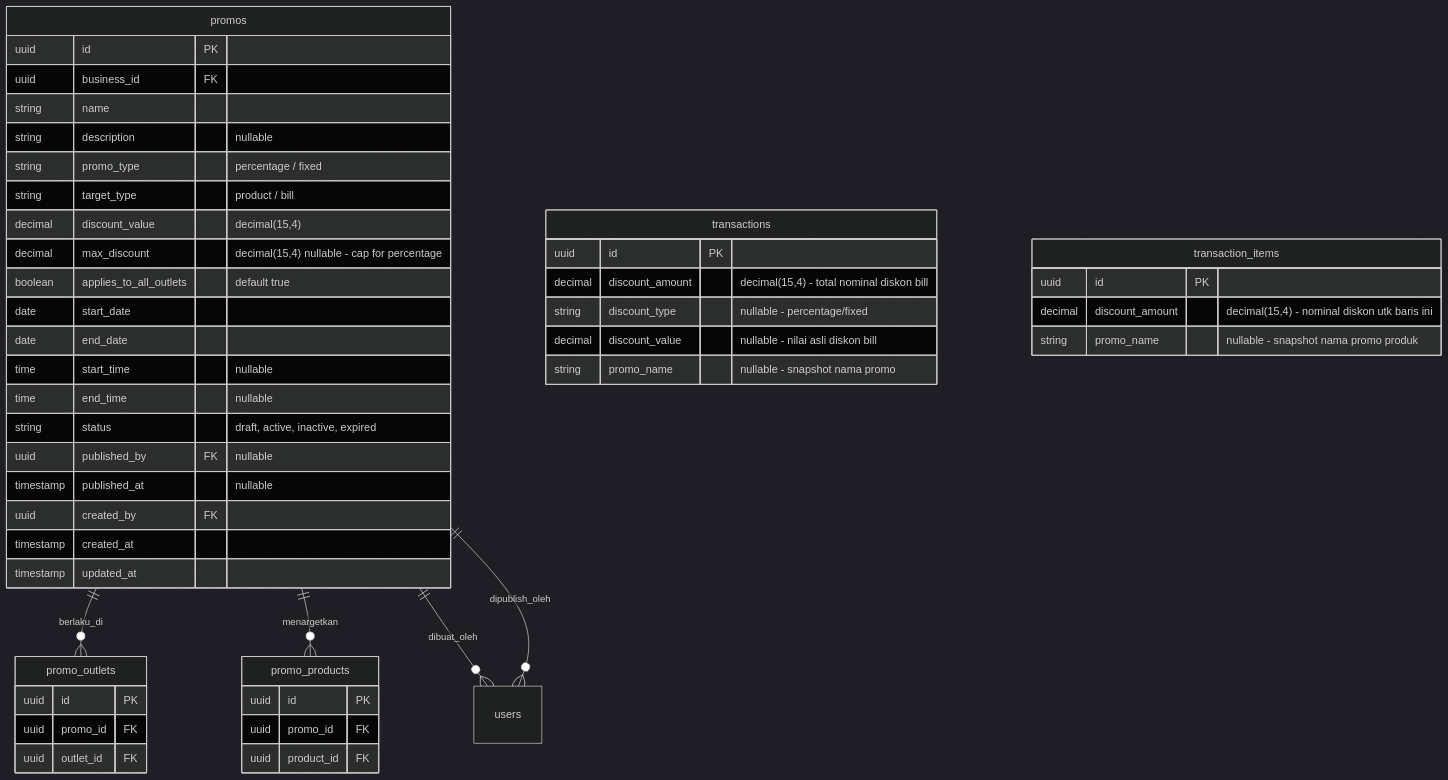
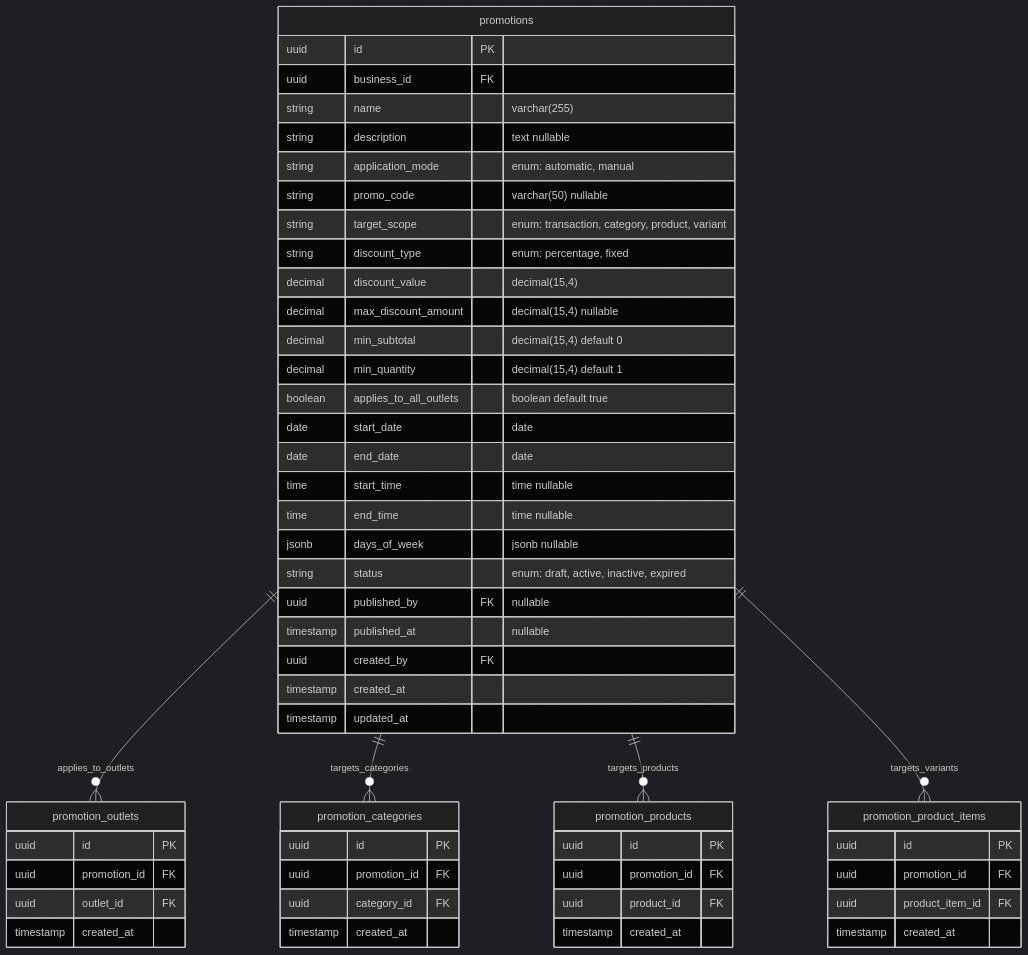
Before and after one commit to whykrr/sollu-app: the fourth of 4 diagrams in prd/PRD Promo V1.md, drawn with Mermaid (dark theme). The commit also changed other lines of this file and 57 other files, not shown here.

````diff
--- a/prd/PRD Promo V1.md
+++ b/prd/PRD Promo V1.md
@@ -158,55 +253,62 @@
 ```mermaid
 erDiagram
-    promos {
+    promotions {
         uuid id PK
         uuid business_id FK
-        string name
-        string description "nullable"
-        string promo_type "percentage / fixed"
-        string target_type "product / bill"
+        string name "varchar(255)"
+        string description "text nullable"
+        string application_mode "enum: automatic, manual"
+        string promo_code "varchar(50) nullable"
+        string target_scope "enum: transaction, category, product, variant"
+        string discount_type "enum: percentage, fixed"
         decimal discount_value "decimal(15,4)"
-        decimal max_discount "decimal(15,4) nullable - cap for percentage"
-        boolean applies_to_all_outlets "default true"
-        date start_date
-        date end_date
-        time start_time "nullable"
-        time end_time "nullable"
-        string status "draft, active, inactive, expired"
+        decimal max_discount_amount "decimal(15,4) nullable"
+        decimal min_subtotal "decimal(15,4) default 0"
+        decimal min_quantity "decimal(15,4) default 1"
+        boolean applies_to_all_outlets "boolean default true"
+        date start_date "date"
+        date end_date "date"
+        time start_time "time nullable"
+        time end_time "time nullable"
+        jsonb days_of_week "jsonb nullable"
+        string status "enum: draft, active, inactive, expired"
         uuid published_by FK "nullable"
         timestamp published_at "nullable"
         uuid created_by FK
         timestamp created_at
         timestamp updated_at
     }
 
-    promo_outlets {
+    promotion_outlets {
         uuid id PK
-        uuid promo_id FK
+        uuid promotion_id FK
         uuid outlet_id FK
+        timestamp created_at
     }
 
-    promo_products {
+    promotion_categories {
         uuid id PK
-        uuid promo_id FK
-        uuid product_id FK
+        uuid promotion_id FK
+        uuid category_id FK
+        timestamp created_at
     }
 
-    transactions {
+    promotion_products {
         uuid id PK
-        decimal discount_amount "decimal(15,4) - total nominal diskon bill"
-        string discount_type "nullable - percentage/fixed"
-        decimal discount_value "nullable - nilai asli diskon bill"
-        string promo_name "nullable - snapshot nama promo"
+        uuid promotion_id FK
+        uuid product_id FK
+        timestamp created_at
     }
 
-    transaction_items {
+    promotion_product_items {
         uuid id PK
-        decimal discount_amount "decimal(15,4) - nominal diskon utk baris ini"
-        string promo_name "nullable - snapshot nama promo produk"
+        uuid promotion_id FK
+        uuid product_item_id FK
+        timestamp created_at
     }
 
-    promos ||--o{ promo_outlets : berlaku_di
-    promos ||--o{ promo_products : menargetkan
-    promos ||--o{ users : dibuat_oleh
-    promos ||--o{ users : dipublish_oleh
+    promotions ||--o{ promotion_outlets : applies_to_outlets
+    promotions ||--o{ promotion_categories : targets_categories
+    promotions ||--o{ promotion_products : targets_products
+    promotions ||--o{ promotion_product_items : targets_variants
 ```
````
